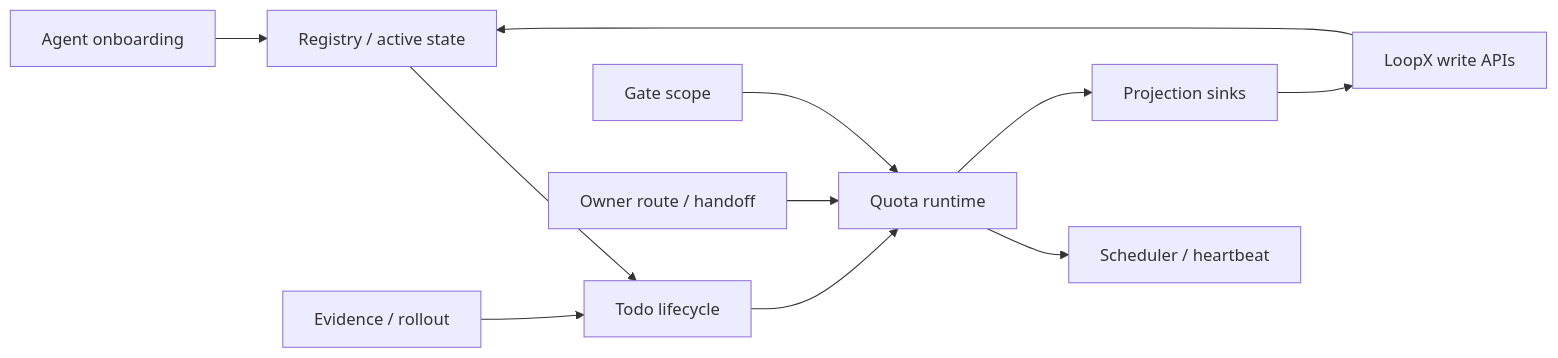
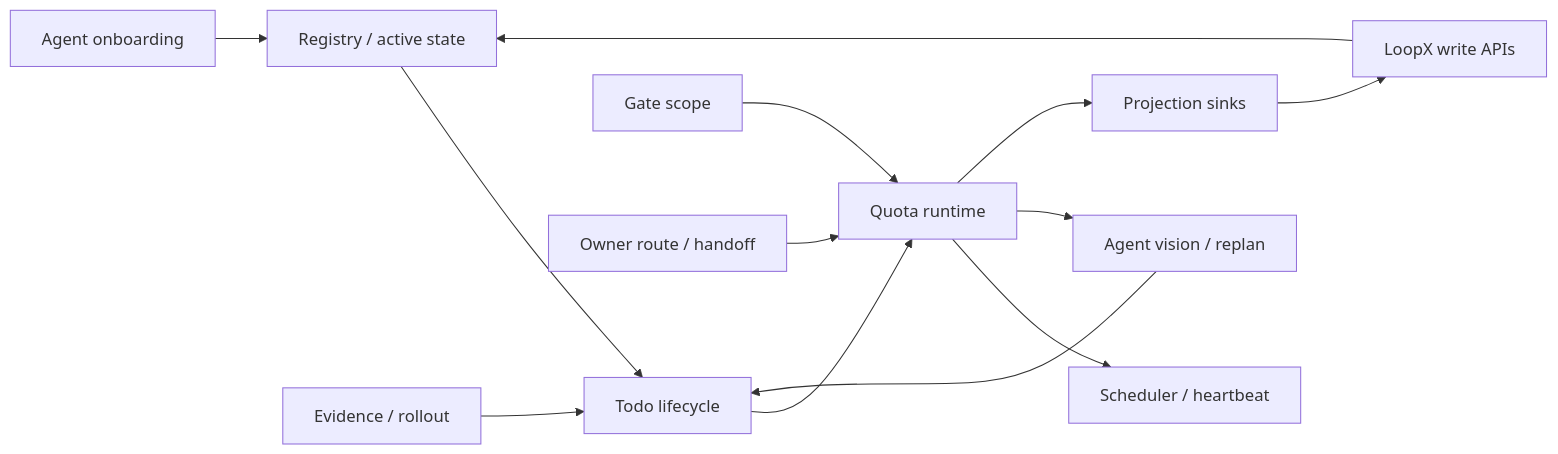
One commit to huangruiteng/goal-harness changed the first of 10 diagrams in docs/product/core-control-plane/state-machine.md. Above: the diagram before and after it, drawn with Mermaid. The commit also changed other lines of this file and 7 other files, not shown here.

Commit message:
docs: define bounded goal vision replan contract (#1158)

````diff
--- a/docs/product/core-control-plane/state-machine.md
+++ b/docs/product/core-control-plane/state-machine.md
@@ -30,13 +32,15 @@
 ```mermaid
 flowchart LR
   Registry["Registry / active state"] --> Todo["Todo lifecycle"]
   Todo --> Quota["Quota runtime"]
   Gate["Gate scope"] --> Quota
   Owner["Owner route / handoff"] --> Quota
   Evidence["Evidence / rollout"] --> Todo
   Quota --> Scheduler["Scheduler / heartbeat"]
+  Quota --> Vision["Agent vision / replan"]
+  Vision --> Todo
   Quota --> Projection["Projection sinks"]
   Projection --> WriteAPI["LoopX write APIs"]
   WriteAPI --> Registry
   Onboard["Agent onboarding"] --> Registry
 ```
````
